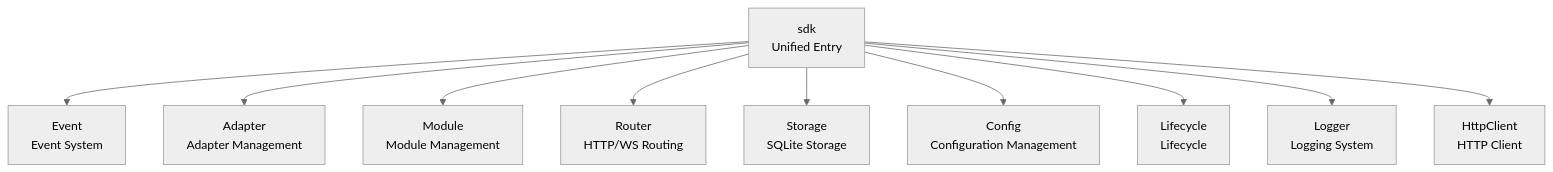
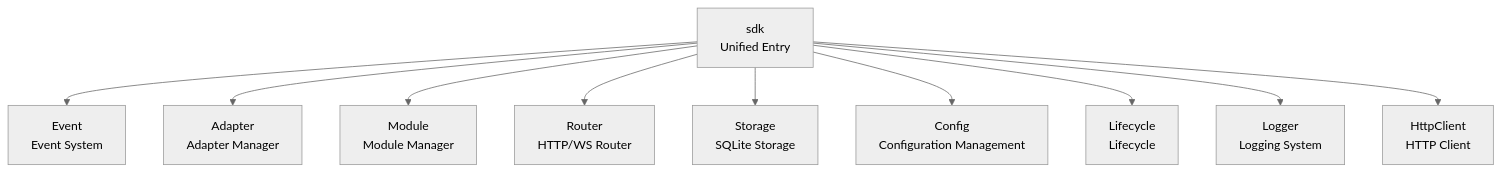
The second of 2 diagrams in README.md (ErisPulse/ErisPulse), drawn with Mermaid (neutral theme) before and after one commit. The commit also changed other lines of this file and 31 other files, not shown here.

````diff
--- a/README.md
+++ b/README.md
@@ -501,14 +507,14 @@
 ```mermaid
 graph TB
     SDK["sdk<br/>Unified Entry"]
 
     SDK --> Event["Event<br/>Event System"]
-    SDK --> AdapterMgr["Adapter<br/>Adapter Management"]
-    SDK --> ModuleMgr["Module<br/>Module Management"]
-    SDK --> Router["Router<br/>HTTP/WS Routing"]
+    SDK --> AdapterMgr["Adapter<br/>Adapter Manager"]
+    SDK --> ModuleMgr["Module<br/>Module Manager"]
+    SDK --> Router["Router<br/>HTTP/WS Router"]
     SDK --> Storage["Storage<br/>SQLite Storage"]
     SDK --> Config["Config<br/>Configuration Management"]
     SDK --> Lifecycle["Lifecycle<br/>Lifecycle"]
     SDK --> Logger["Logger<br/>Logging System"]
     SDK --> Client["HttpClient<br/>HTTP Client"]
 ```
````
